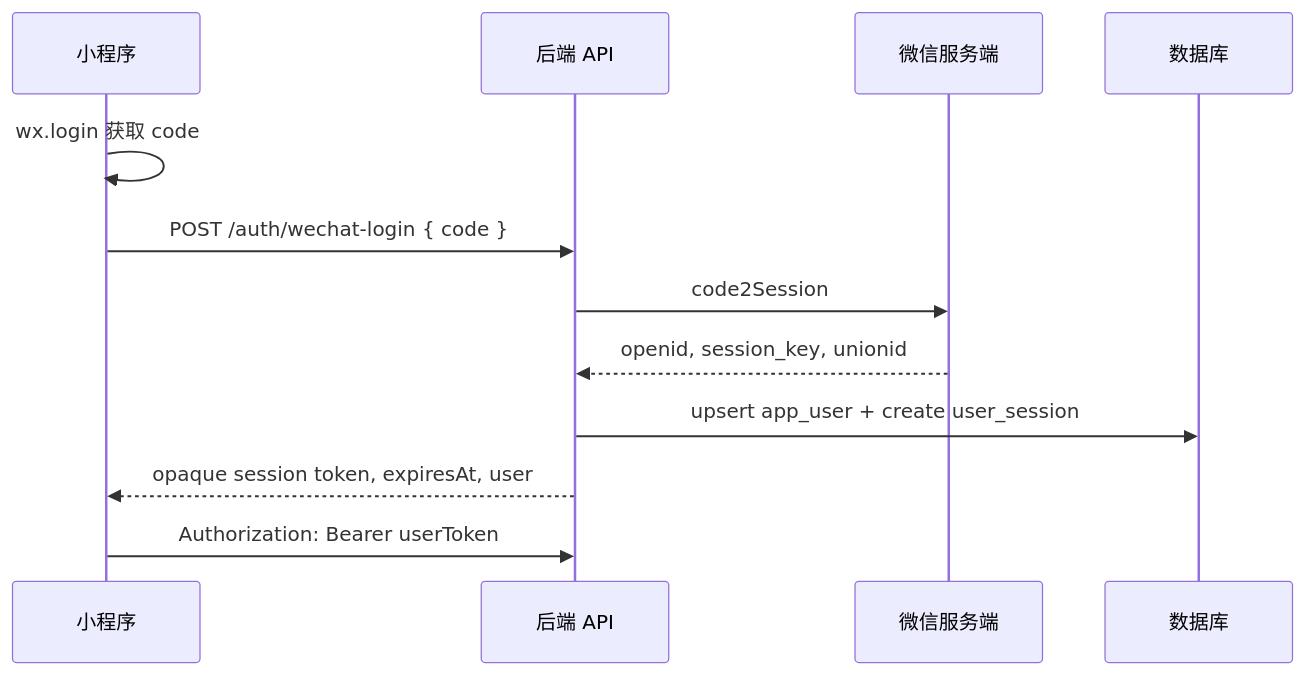
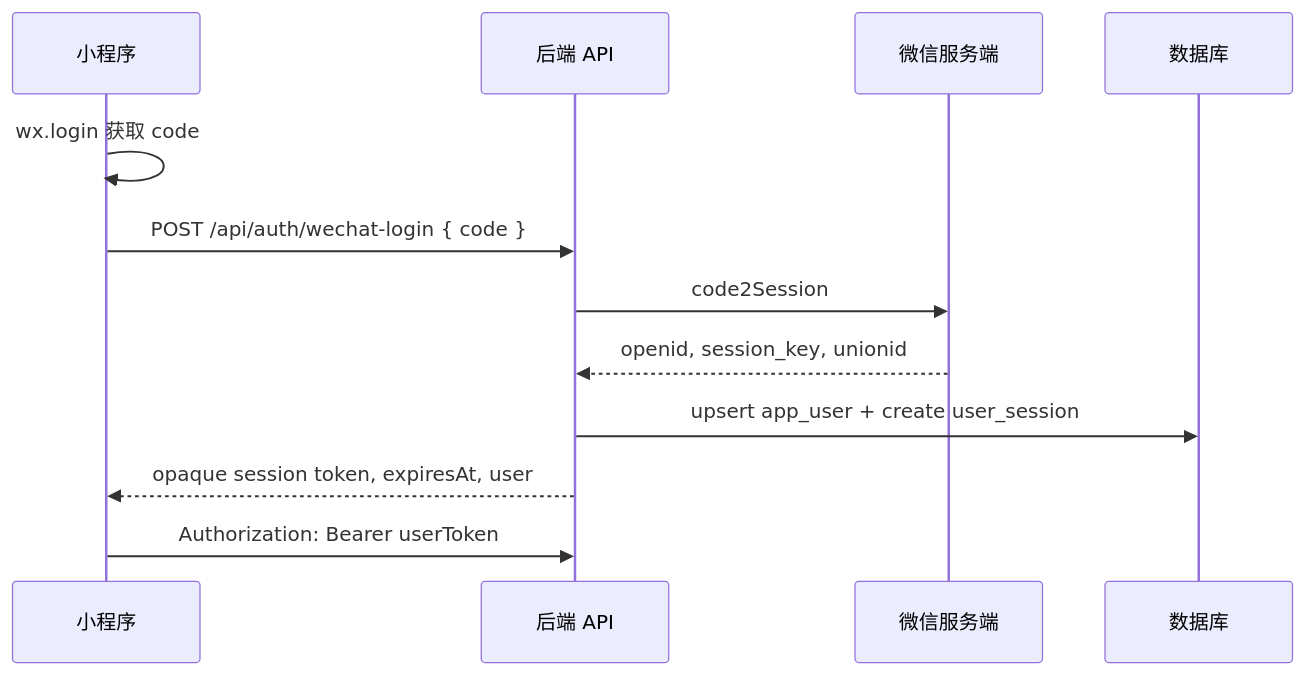
The second of 3 diagrams in docs/TECHNICAL_DESIGN.md (HuangLA/mrjz-app), drawn with Mermaid before and after one commit. The commit also changed other lines of this file and 5 other files, not shown here.

````diff
--- a/docs/TECHNICAL_DESIGN.md
+++ b/docs/TECHNICAL_DESIGN.md
@@ -180,15 +180,15 @@
 ```mermaid
 sequenceDiagram
   participant MP as 小程序
   participant API as 后端 API
   participant WX as 微信服务端
   participant DB as 数据库
 
   MP->>MP: wx.login 获取 code
-  MP->>API: POST /auth/wechat-login { code }
+  MP->>API: POST /api/auth/wechat-login { code }
   API->>WX: code2Session
   WX-->>API: openid, session_key, unionid
   API->>DB: upsert app_user + create user_session
   API-->>MP: opaque session token, expiresAt, user
   MP->>API: Authorization: Bearer userToken
 ```
````
